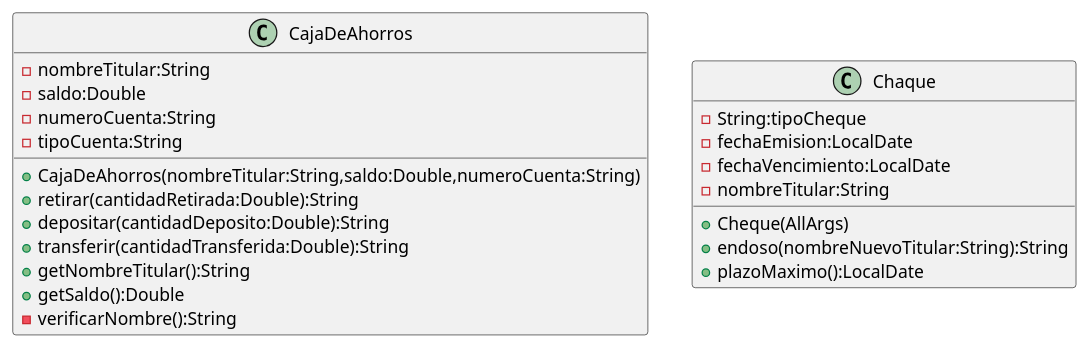
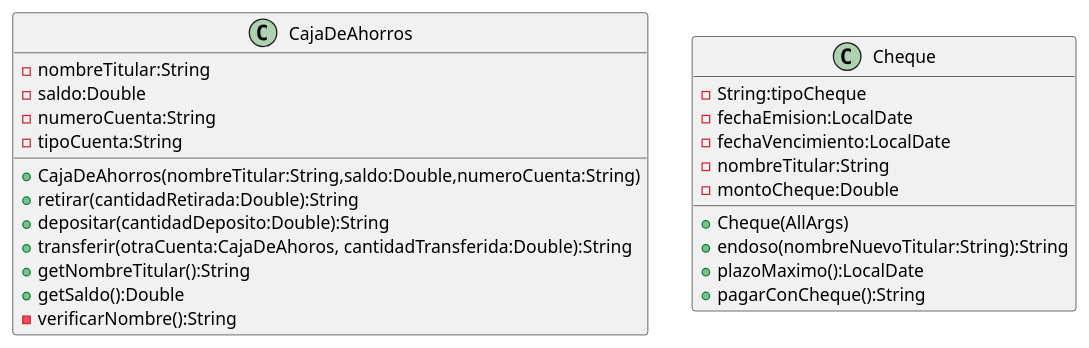
One commit to arkezam/Digital-House changed the diagram in Clase3_4/Diagramas/CajaDeAhorros.puml. Above: the diagram before and after it, drawn with PlantUML. The commit also changed 3 other files, not shown here.

Commit message:
se agrega funcion de realizarPago con cheque

```diff
--- a/Clase3_4/Diagramas/CajaDeAhorros.puml
+++ b/Clase3_4/Diagramas/CajaDeAhorros.puml
@@ -1,27 +1,29 @@
 @startuml
 class CajaDeAhorros{
     -nombreTitular:String
     -saldo:Double
     -numeroCuenta:String
     -tipoCuenta:String
 
     +CajaDeAhorros(nombreTitular:String,saldo:Double,numeroCuenta:String)
     +retirar(cantidadRetirada:Double):String
     +depositar(cantidadDeposito:Double):String
-    +transferir(cantidadTransferida:Double):String
+    +transferir(otraCuenta:CajaDeAhoros, cantidadTransferida:Double):String
     +getNombreTitular():String
     +getSaldo():Double
     -verificarNombre():String
 }
-class Chaque {
+class Cheque {
     -String:tipoCheque
     -fechaEmision:LocalDate
     -fechaVencimiento:LocalDate
     -nombreTitular:String
+    -montoCheque:Double
 
     +Cheque(AllArgs)
     +endoso(nombreNuevoTitular:String):String
     +plazoMaximo():LocalDate
+    +pagarConCheque():String
 }
 
 @enduml
```
